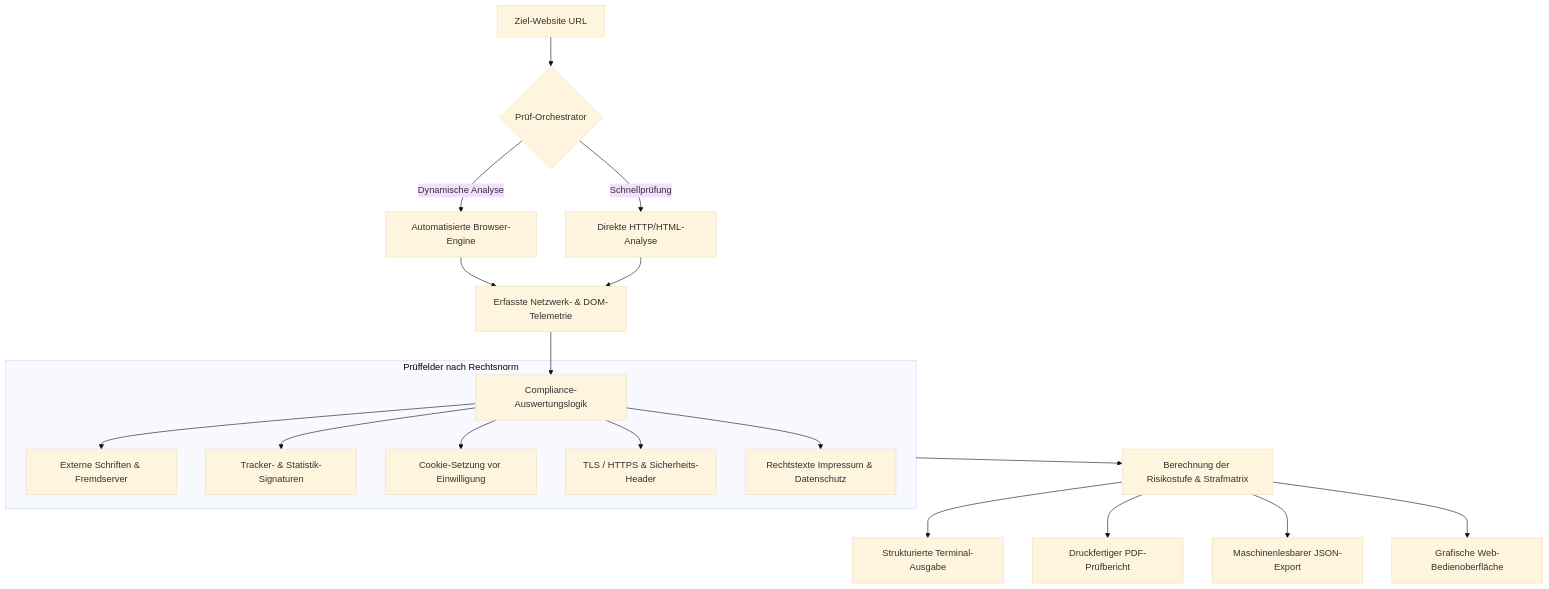
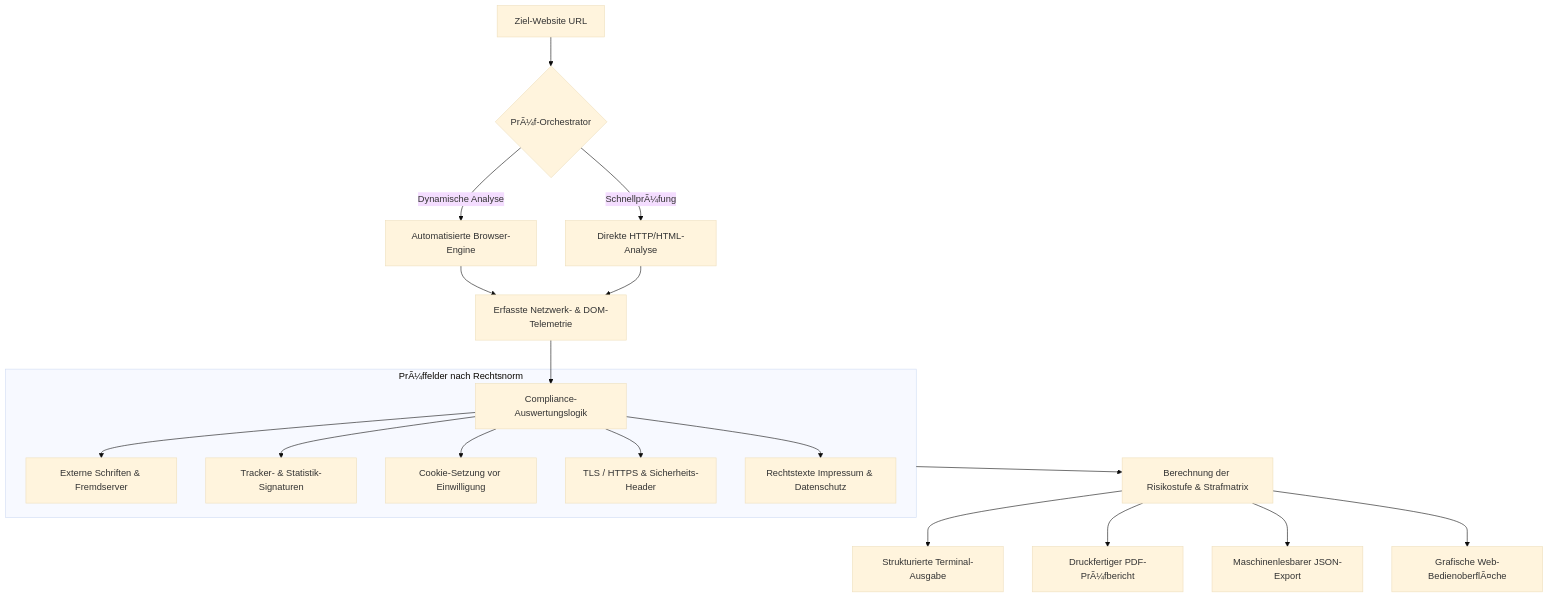
Before and after one commit to AirFun1311/dsgvo-checker: the diagram in README.md, drawn with Mermaid (base theme). The commit also changed other lines of this file and 1 other file, not shown here.

````diff
--- a/README.md
+++ b/README.md
@@ -64,27 +64,27 @@
 ```mermaid
 flowchart TD
-    A[Ziel-Website URL] --> B{Prüf-Orchestrator}
+    A[Ziel-Website URL] --> B{PrÃ¼f-Orchestrator}
     
     B -->|Dynamische Analyse| C[Automatisierte Browser-Engine]
-    B -->|Schnellprüfung| D[Direkte HTTP/HTML-Analyse]
+    B -->|SchnellprÃ¼fung| D[Direkte HTTP/HTML-Analyse]
     
     C --> E[Erfasste Netzwerk- & DOM-Telemetrie]
     D --> E
     
     E --> F[Compliance-Auswertungslogik]
     
-    subgraph Prueffelder [Prüffelder nach Rechtsnorm]
+    subgraph Prueffelder [PrÃ¼ffelder nach Rechtsnorm]
         F --> G1[Externe Schriften & Fremdserver]
         F --> G2[Tracker- & Statistik-Signaturen]
         F --> G3[Cookie-Setzung vor Einwilligung]
         F --> G4[TLS / HTTPS & Sicherheits-Header]
         F --> G5[Rechtstexte Impressum & Datenschutz]
     end
     
     Prueffelder --> H[Berechnung der Risikostufe & Strafmatrix]
     
     H --> I1[Strukturierte Terminal-Ausgabe]
-    H --> I2[Druckfertiger PDF-Prüfbericht]
+    H --> I2[Druckfertiger PDF-PrÃ¼fbericht]
     H --> I3[Maschinenlesbarer JSON-Export]
-    H --> I4[Grafische Web-Bedienoberfläche]
+    H --> I4[Grafische Web-BedienoberflÃ¤che]
 ```
````
